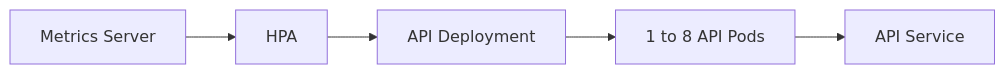
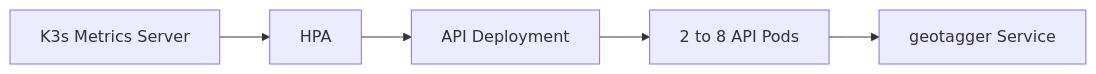
Diagram 13 of 15 in docs/ARCHITECTURE.md (Jstarzz/geotagger), drawn with Mermaid before and after one commit. The commit also changed other lines of this file, not shown here.

Commit message:
docs: update architecture for City and ASN intelligence

````diff
--- a/docs/ARCHITECTURE.md
+++ b/docs/ARCHITECTURE.md
@@ -300,7 +398,7 @@
 ```mermaid
 flowchart LR
-    METRICS["Metrics Server"] --> HPA["HPA"]
+    METRICS["K3s Metrics Server"] --> HPA["HPA"]
     HPA --> DEPLOY["API Deployment"]
-    DEPLOY --> PODS["1 to 8 API Pods"]
-    PODS --> SVC["API Service"]
+    DEPLOY --> PODS["2 to 8 API Pods"]
+    PODS --> SVC["geotagger Service"]
 ```
````
